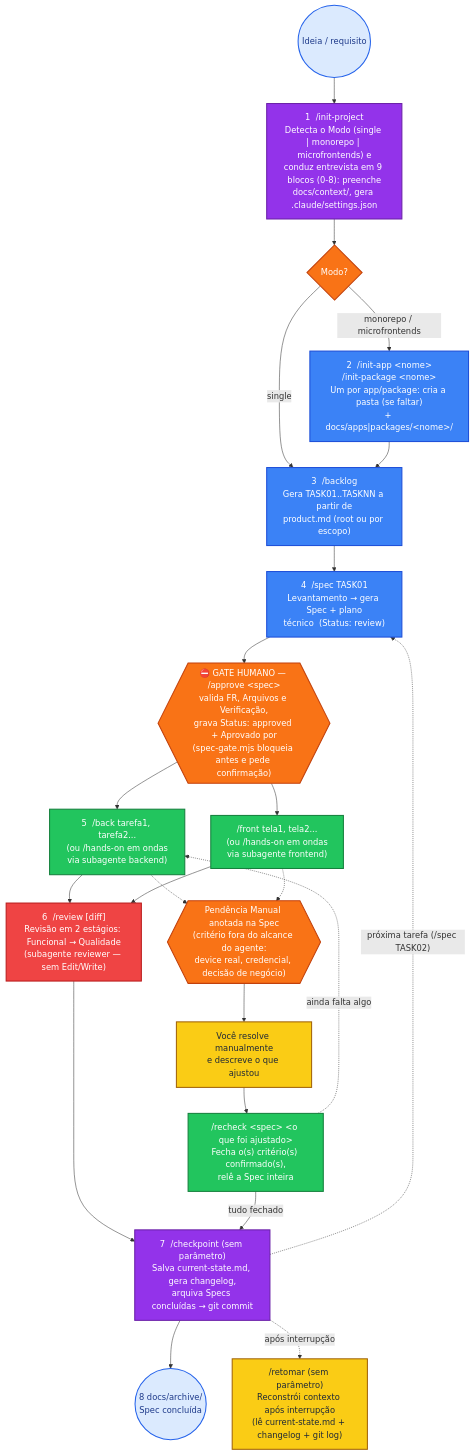
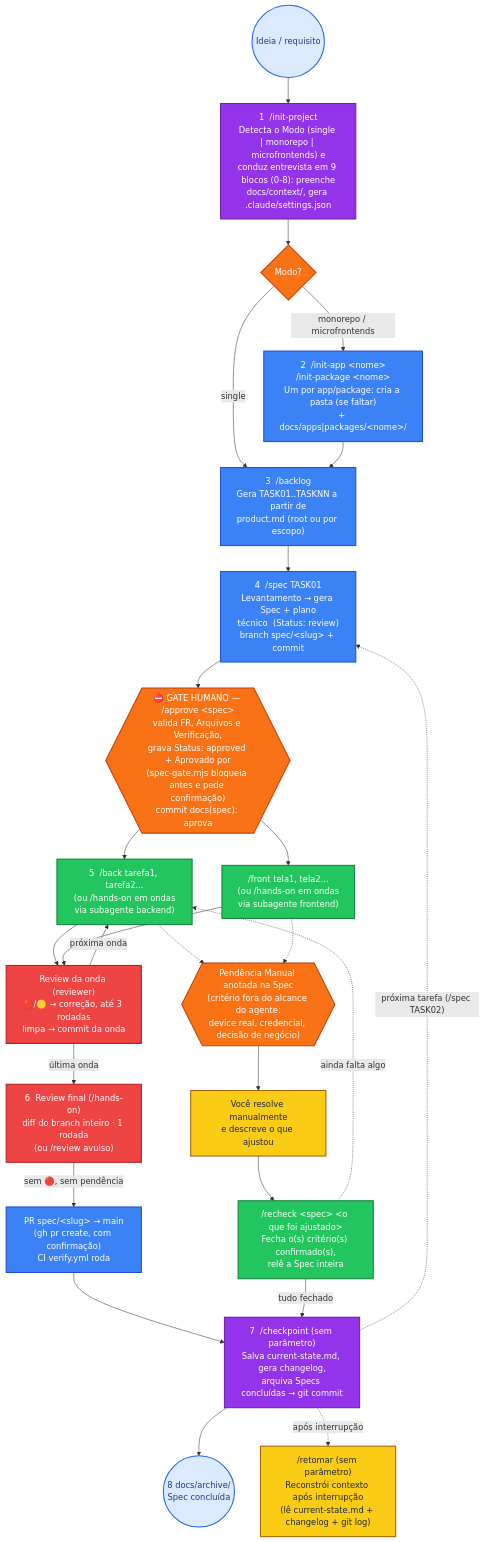
Before and after one commit to robertourias/scaffold-ia-projetos: the diagram in meta/assets/fluxo-workflow.mmd, drawn with Mermaid. The commit also changed 6 other files, not shown here.

Commit message:
docs(readme): document branch-per-Spec, wave review, PR and CI

```diff
--- a/meta/assets/fluxo-workflow.mmd
+++ b/meta/assets/fluxo-workflow.mmd
@@ -1,51 +1,56 @@
 graph TD
   Start(("Ideia / requisito"))
   Init["1  /init-project<br/>Detecta o Modo (single | monorepo | microfrontends) e<br/>conduz entrevista em 9 blocos (0-8): preenche<br/>docs/context/, gera .claude/settings.json"]
   Modo{"Modo?"}
   InitUnits["2  /init-app &lt;nome&gt;<br/>/init-package &lt;nome&gt;<br/>Um por app/package: cria a pasta (se faltar)<br/>+ docs/apps|packages/&lt;nome&gt;/"]
   Backlog["3  /backlog<br/>Gera TASK01..TASKNN a partir de<br/>product.md (root ou por escopo)"]
-  Spec["4  /spec TASK01<br/>Levantamento → gera Spec + plano<br/>técnico  (Status: review)"]
-  Gate{{"⛔ GATE HUMANO — /approve &lt;spec&gt;<br/>valida FR, Arquivos e Verificação,<br/>grava Status: approved + Aprovado por<br/>(spec-gate.mjs bloqueia antes e pede confirmação)"}}
+  Spec["4  /spec TASK01<br/>Levantamento → gera Spec + plano<br/>técnico  (Status: review)<br/>branch spec/&lt;slug&gt; + commit"]
+  Gate{{"⛔ GATE HUMANO — /approve &lt;spec&gt;<br/>valida FR, Arquivos e Verificação,<br/>grava Status: approved + Aprovado por<br/>(spec-gate.mjs bloqueia antes e pede confirmação)<br/>commit docs(spec): aprova"}}
   Back["5  /back tarefa1, tarefa2...<br/>(ou /hands-on em ondas<br/>via subagente backend)"]
   Front["/front tela1, tela2...<br/>(ou /hands-on em ondas<br/>via subagente frontend)"]
+  WaveReview["Review da onda (reviewer)<br/>🔴/🟡 → correção, até 3 rodadas<br/>limpa → commit da onda"]
   Pend{{"Pendência Manual anotada na Spec<br/>(critério fora do alcance do agente:<br/>device real, credencial, decisão de negócio)"}}
   Resolve["Você resolve manualmente<br/>e descreve o que ajustou"]
   Recheck["/recheck &lt;spec&gt; &lt;o que foi ajustado&gt;<br/>Fecha o(s) critério(s) confirmado(s),<br/>relê a Spec inteira"]
-  Review["6  /review [diff]<br/>Revisão em 2 estágios: Funcional → Qualidade<br/>(subagente reviewer — sem Edit/Write)"]
+  Review["6  Review final (/hands-on)<br/>diff do branch inteiro · 1 rodada<br/>(ou /review avulso)"]
+  PR["PR spec/&lt;slug&gt; → main<br/>(gh pr create, com confirmação)<br/>CI verify.yml roda"]
   Checkpoint["7  /checkpoint (sem parâmetro)<br/>Salva current-state.md, gera changelog,<br/>arquiva Specs concluídas → git commit"]
   Archive(("8  docs/archive/<br/>Spec concluída"))
   Retomar["/retomar (sem parâmetro)<br/>Reconstrói contexto após interrupção<br/>(lê current-state.md + changelog + git log)"]
 
   Start --> Init --> Modo
   Modo -->|single| Backlog
   Modo -->|monorepo / microfrontends| InitUnits --> Backlog
   Backlog --> Spec --> Gate
   Gate --> Back
   Gate --> Front
-  Back --> Review
-  Front --> Review
+  Back --> WaveReview
+  Front --> WaveReview
+  WaveReview -->|próxima onda| Back
+  WaveReview -->|última onda| Review
   Back -.-> Pend
   Front -.-> Pend
   Pend --> Resolve --> Recheck
   Recheck -. ainda falta algo .-> Back
-  Review --> Checkpoint
+  Review -->|sem 🔴, sem pendência| PR
+  PR --> Checkpoint
   Recheck -->|tudo fechado| Checkpoint
   Checkpoint --> Archive
   Checkpoint -. "próxima tarefa (/spec TASK02)" .-> Spec
   Checkpoint -. após interrupção .-> Retomar
 
   classDef start fill:#dbeafe,stroke:#2563eb,stroke-width:2px,color:#1e3a8a;
   classDef initStyle fill:#9333ea,stroke:#6b21a8,stroke-width:2px,color:#ffffff;
   classDef flowStyle fill:#3b82f6,stroke:#1d4ed8,stroke-width:2px,color:#ffffff;
   classDef gateStyle fill:#f97316,stroke:#c2410c,stroke-width:2px,color:#ffffff;
   classDef workStyle fill:#22c55e,stroke:#15803d,stroke-width:2px,color:#ffffff;
   classDef reviewStyle fill:#ef4444,stroke:#b91c1c,stroke-width:2px,color:#ffffff;
   classDef noteStyle fill:#facc15,stroke:#a16207,stroke-width:2px,color:#1f2937;
 
   class Start,Archive start;
   class Init,Checkpoint initStyle;
   class Modo,Gate,Pend gateStyle;
-  class InitUnits,Backlog,Spec flowStyle;
+  class InitUnits,Backlog,Spec,PR flowStyle;
   class Back,Front,Recheck workStyle;
-  class Review reviewStyle;
+  class Review,WaveReview reviewStyle;
   class Resolve,Retomar noteStyle;
```
